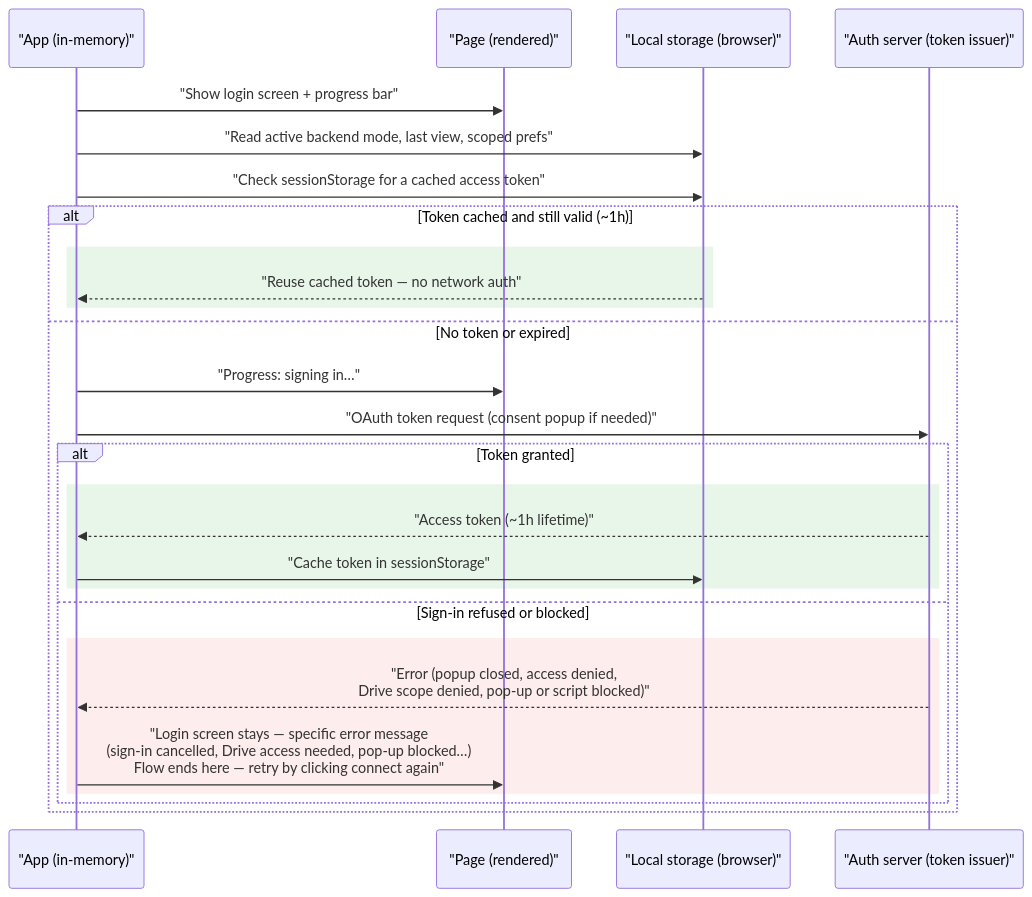
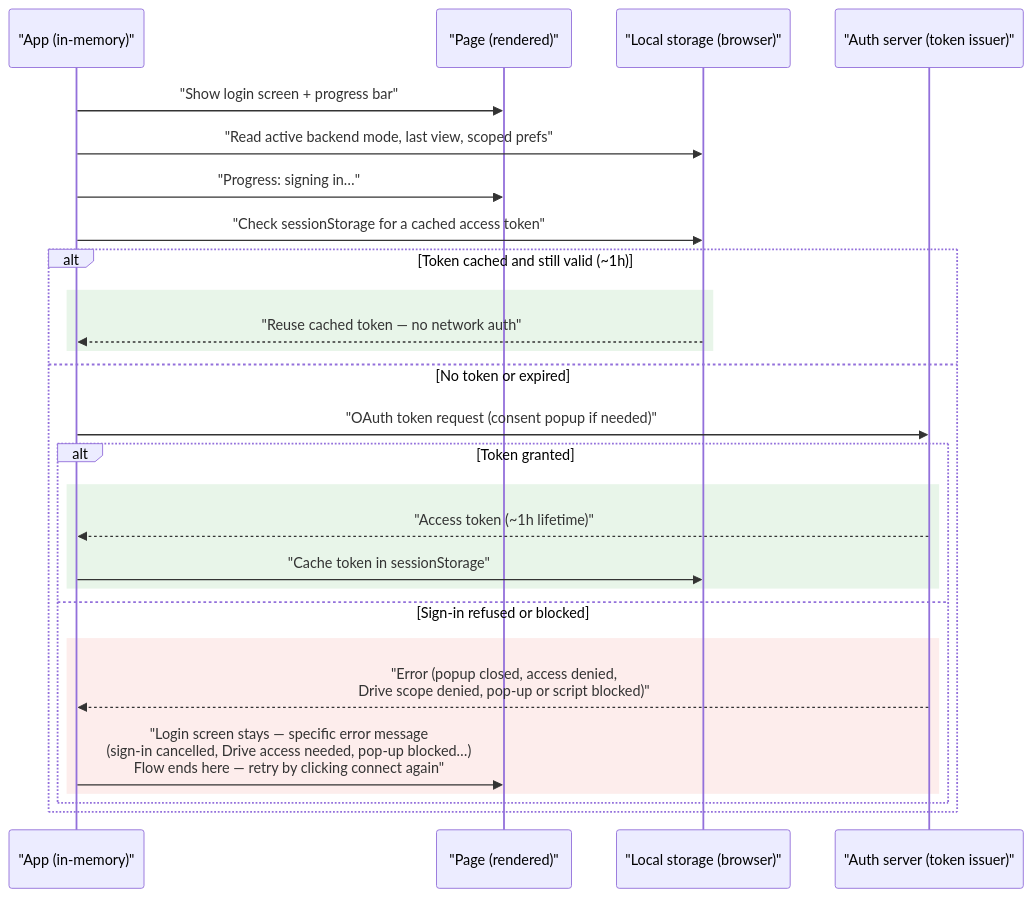
The second of 8 diagrams in docs-site/sync-architecture.md (AntGro/DeLaClaw), drawn with Mermaid before and after one commit. The commit also changed other lines of this file and 27 other files, not shown here.

````diff
--- a/docs-site/sync-architecture.md
+++ b/docs-site/sync-architecture.md
@@ -54,31 +54,31 @@
 ```mermaid
 sequenceDiagram
     participant App as "App (in-memory)"
     participant Page as "Page (rendered)"
     participant LS as "Local storage (browser)"
     participant Auth as "Auth server (token issuer)"
 
     App->>Page: "Show login screen + progress bar"
     App->>LS: "Read active backend mode, last view, scoped prefs"
+    App->>Page: "Progress: signing in…"
     App->>LS: "Check sessionStorage for a cached access token"
 
     alt Token cached and still valid (~1h)
         rect rgb(232, 245, 233)
         LS-->>App: "Reuse cached token — no network auth"
         end
     else No token or expired
-        App->>Page: "Progress: signing in…"
         App->>Auth: "OAuth token request (consent popup if needed)"
         alt Token granted
             rect rgb(232, 245, 233)
             Auth-->>App: "Access token (~1h lifetime)"
             App->>LS: "Cache token in sessionStorage"
             end
         else Sign-in refused or blocked
             rect rgb(253, 237, 236)
             Auth-->>App: "Error (popup closed, access denied,<br/>Drive scope denied, pop-up or script blocked)"
             App->>Page: "Login screen stays — specific error message<br/>(sign-in cancelled, Drive access needed, pop-up blocked…)<br/>Flow ends here — retry by clicking connect again"
             end
         end
     end
 ```
````
